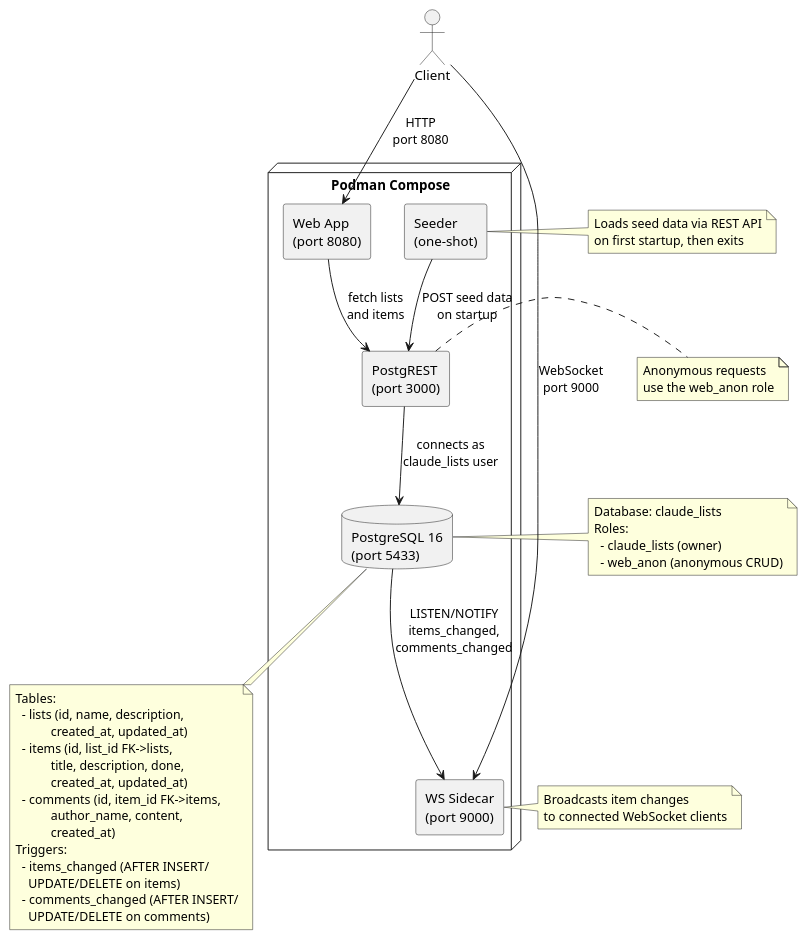
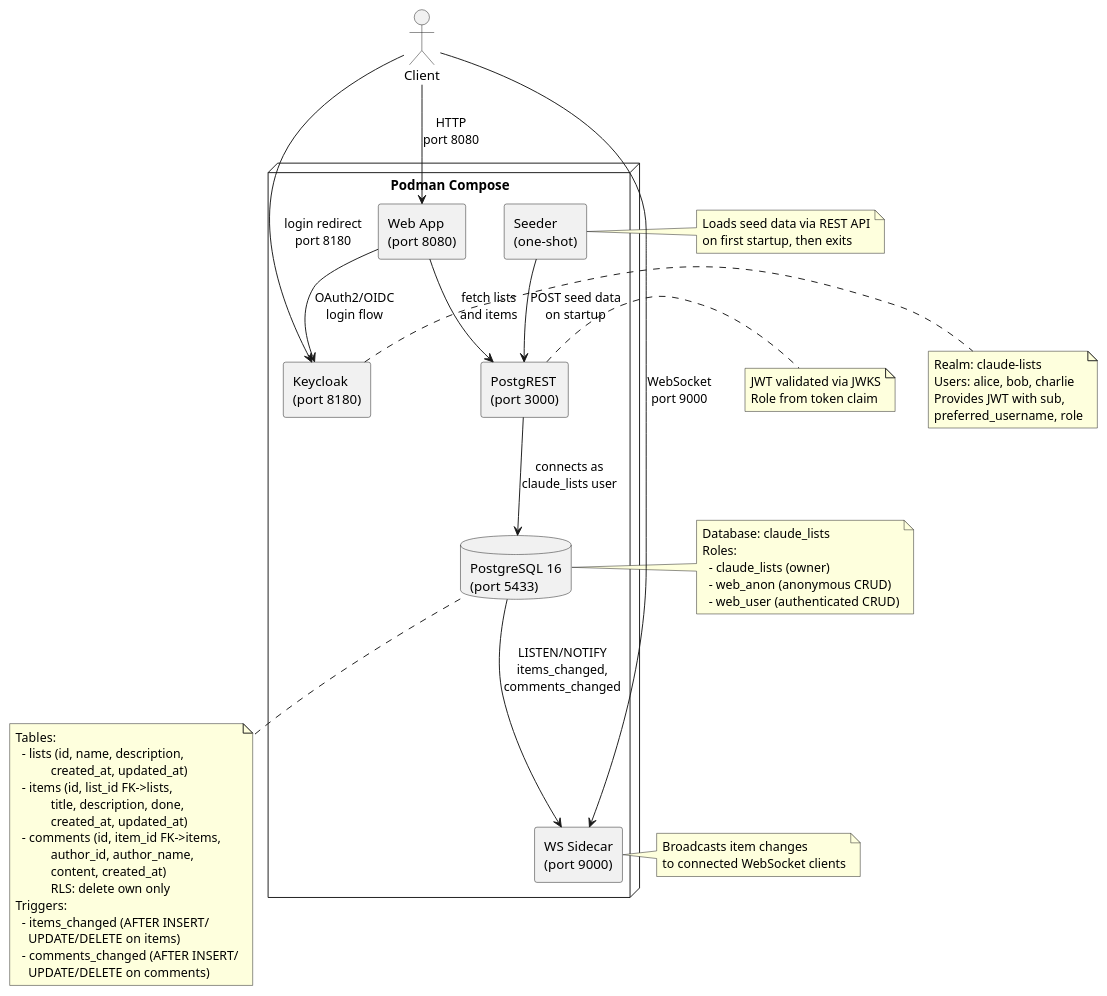
The diagram in docs/architecture.puml (conroydamien/claude_lists_api), drawn with PlantUML before and after one commit. The commit also changed 8 other files, not shown here.

First line of the commit message:
Integrate Keycloak JWT auth and restrict comment deletion to authors

```diff
--- a/docs/architecture.puml
+++ b/docs/architecture.puml
@@ -1,62 +1,74 @@
 @startuml Claude Lists API Architecture
 
 skinparam componentStyle rectangle
 
 actor "Client" as client
 
 node "Podman Compose" {
     component "Web App\n(port 8080)" as web
     component "PostgREST\n(port 3000)" as postgrest
     component "WS Sidecar\n(port 9000)" as wssidecar
+    component "Keycloak\n(port 8180)" as keycloak
     component "Seeder\n(one-shot)" as seeder
     database "PostgreSQL 16\n(port 5433)" as db
 
     web --> postgrest : "fetch lists\nand items"
+    web --> keycloak : "OAuth2/OIDC\nlogin flow"
     seeder --> postgrest : "POST seed data\non startup"
     postgrest --> db : "connects as\nclaude_lists user"
     db --> wssidecar : "LISTEN/NOTIFY\nitems_changed,\ncomments_changed"
 }
 
 client --> web : "HTTP\nport 8080"
 client --> wssidecar : "WebSocket\nport 9000"
+client --> keycloak : "login redirect\nport 8180"
 
 note right of db
   Database: claude_lists
   Roles:
     - claude_lists (owner)
     - web_anon (anonymous CRUD)
+    - web_user (authenticated CRUD)
 end note
 
 note bottom of db
   Tables:
     - lists (id, name, description,
              created_at, updated_at)
     - items (id, list_id FK->lists,
              title, description, done,
              created_at, updated_at)
     - comments (id, item_id FK->items,
-             author_name, content,
-             created_at)
+             author_id, author_name,
+             content, created_at)
+             RLS: delete own only
   Triggers:
     - items_changed (AFTER INSERT/
       UPDATE/DELETE on items)
     - comments_changed (AFTER INSERT/
       UPDATE/DELETE on comments)
 end note
 
 note right of postgrest
-  Anonymous requests
-  use the web_anon role
+  JWT validated via JWKS
+  Role from token claim
+end note
+
+note right of keycloak
+  Realm: claude-lists
+  Users: alice, bob, charlie
+  Provides JWT with sub,
+  preferred_username, role
 end note
 
 note right of wssidecar
   Broadcasts item changes
   to connected WebSocket clients
 end note
 
 note right of seeder
   Loads seed data via REST API
   on first startup, then exits
 end note
 
 @enduml
```
